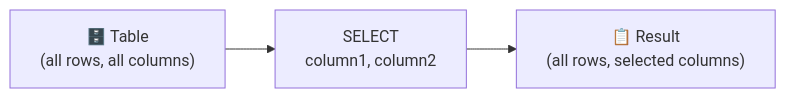
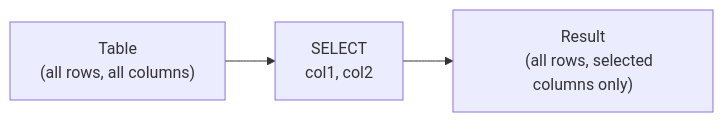
The diagram in docs/en/beginner/01-select.md (civilian7/sql-tutorial), drawn with Mermaid before and after one commit. The commit also changed other lines of this file and 121 other files, not shown here.

````diff
--- a/docs/en/beginner/01-select.md
+++ b/docs/en/beginner/01-select.md
@@ -5,4 +7,7 @@
 ```mermaid
 flowchart LR
-    T["🗄️ Table\n(all rows, all columns)"] --> S["SELECT\ncolumn1, column2"] --> R["📋 Result\n(all rows, selected columns)"]
+    T["Table
+    (all rows, all columns)"] --> S["SELECT
+    col1, col2"] --> R["Result
+    (all rows, selected columns only)"]
 ```
````
